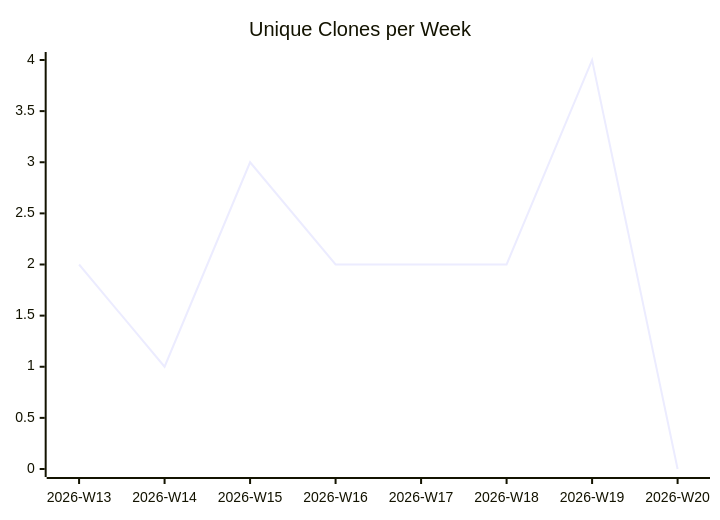
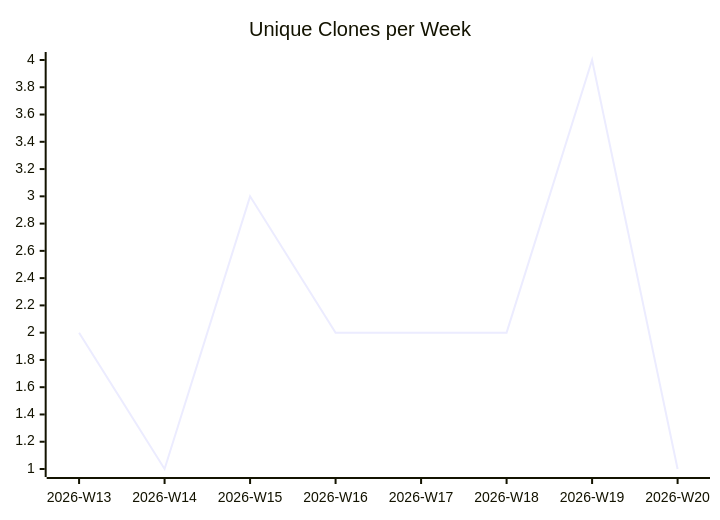
Before and after one commit to justdavis-family/github-analytics-data: the third of 3 diagrams in karlmdavis/kobjects/README.md, drawn with Mermaid. The commit also changed other lines of this file and 190 other files, not shown here.

````diff
--- a/karlmdavis/kobjects/README.md
+++ b/karlmdavis/kobjects/README.md
@@ -19,6 +19,6 @@
 ```mermaid
 xychart-beta
   title "Unique Clones per Week"
   x-axis ["2026-W13", "2026-W14", "2026-W15", "2026-W16", "2026-W17", "2026-W18", "2026-W19", "2026-W20"]
-  line [2, 1, 3, 2, 2, 2, 4, 0]
+  line [2, 1, 3, 2, 2, 2, 4, 1]
 ```
````
